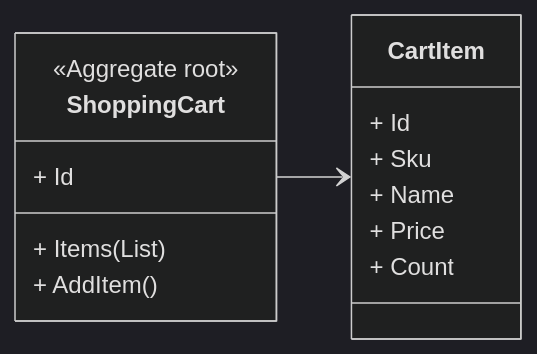
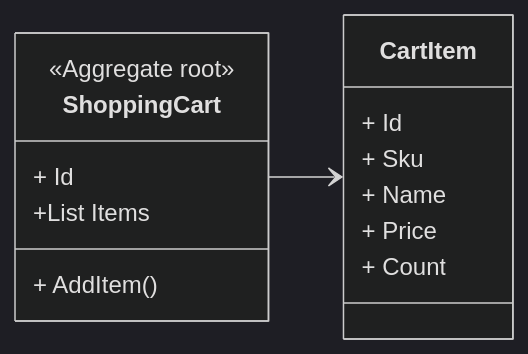
One commit to fatimamatieva/DAT240_ASSIGNMENTS changed the diagram in Lab3/docs/3.mmd. Above: the diagram before and after it, drawn with Mermaid (dark theme). The commit also changed 11 other files, not shown here.

```diff
--- a/Lab3/docs/3.mmd
+++ b/Lab3/docs/3.mmd
@@ -1,17 +1,17 @@
 
 classDiagram
     direction LR
     ShoppingCart --> CartItem
     class ShoppingCart {
         <<Aggregate root>>
         + Id
-        + Items (List)
+        +List Items
         + AddItem()
     }
     class CartItem {
         + Id
         + Sku
         + Name
         + Price
         + Count
     }
```
